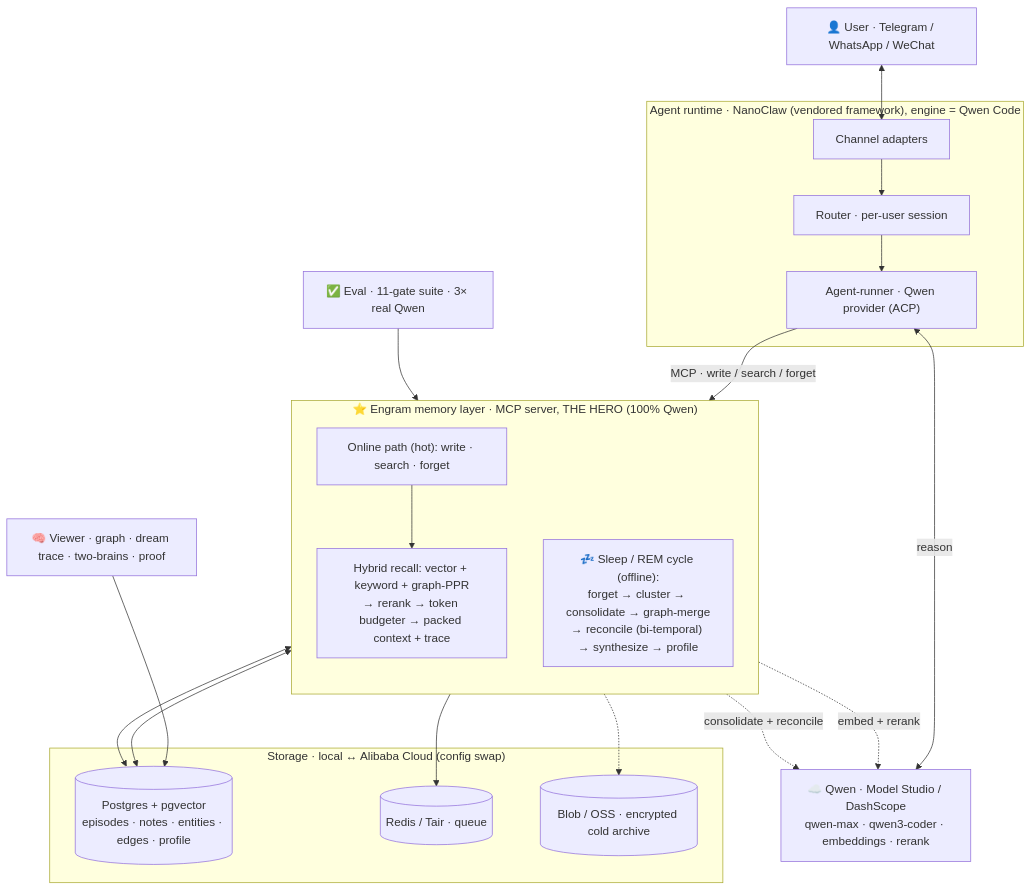
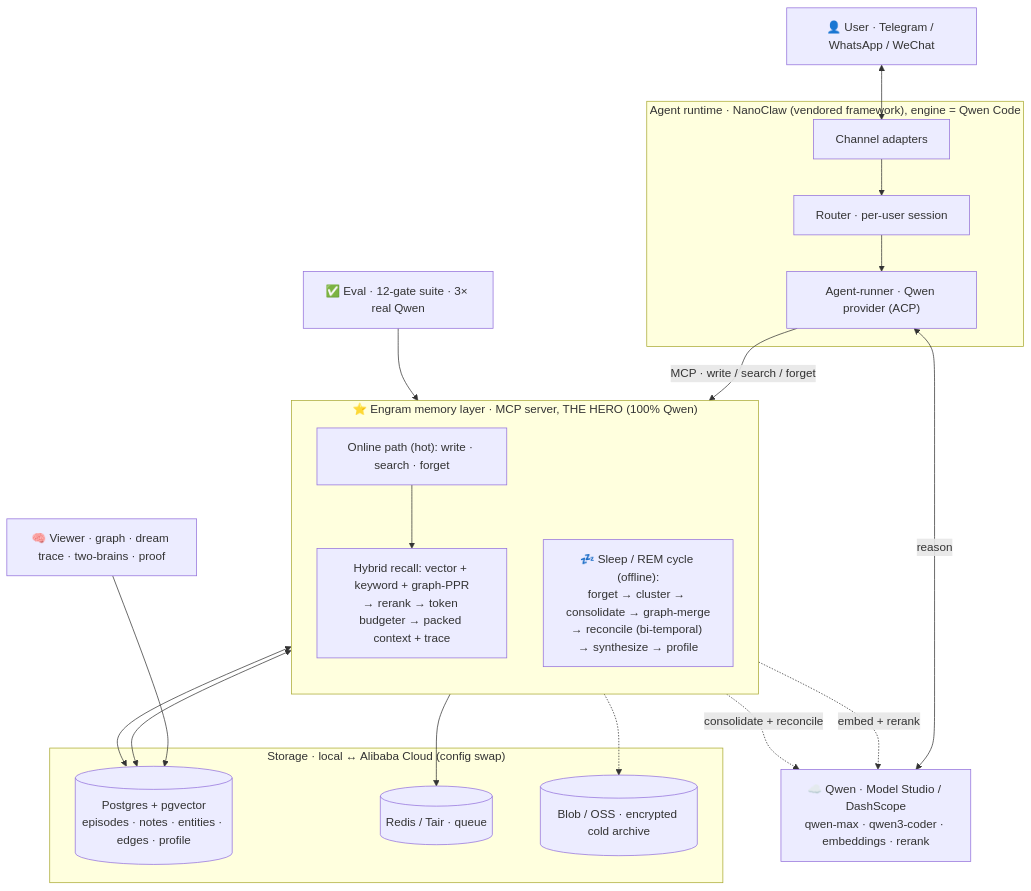
The diagram in README.md (tzechong94/engram), drawn with Mermaid before and after one commit. The commit also changed other lines of this file and 14 other files, not shown here.

````diff
--- a/README.md
+++ b/README.md
@@ -86,39 +86,39 @@
 ```mermaid
 flowchart TB
  User["👤 User · Telegram / WhatsApp / WeChat"]
 
  subgraph AGENT["Agent runtime · NanoClaw (vendored framework), engine = Qwen Code"]
  ADAPT["Channel adapters"] --> ROUTER["Router · per-user session"] --> RUNNER["Agent-runner · Qwen provider (ACP)"]
  end
 
  QWEN["☁️ Qwen · Model Studio / DashScope<br/>qwen-max · qwen3-coder · embeddings · rerank"]
 
  subgraph ENGRAM["⭐ Engram memory layer · MCP server, THE HERO (100% Qwen)"]
  direction TB
  ONLINE["Online path (hot): write · search · forget"]
  RECALL["Hybrid recall: vector + keyword + graph-PPR<br/>→ rerank → token budgeter → packed context + trace"]
  SLEEP["💤 Sleep / REM cycle (offline):<br/>forget → cluster → consolidate → graph-merge<br/>→ reconcile (bi-temporal) → synthesize → profile"]
  ONLINE --> RECALL
  end
 
  subgraph STORE["Storage · local ↔ Alibaba Cloud (config swap)"]
  PG[("Postgres + pgvector<br/>episodes · notes · entities · edges · profile")]
  REDIS[("Redis / Tair · queue")]
  BLOB[("Blob / OSS · encrypted cold archive")]
  end
 
  VIEWER["🧠 Viewer · graph · dream trace · two-brains · proof"]
- EVAL["✅ Eval · 11-gate suite · 3× real Qwen"]
+ EVAL["✅ Eval · 12-gate suite · 3× real Qwen"]
 
  User <--> ADAPT
  RUNNER <-->|reason| QWEN
  RUNNER -->|"MCP · write / search / forget"| ONLINE
  ONLINE <--> PG
  RECALL -. embed + rerank .-> QWEN
  SLEEP <--> PG
  SLEEP -. consolidate + reconcile .-> QWEN
  ONLINE -.-> BLOB
  ONLINE --> REDIS
  VIEWER --> PG
  EVAL --> ENGRAM
 ```
````
